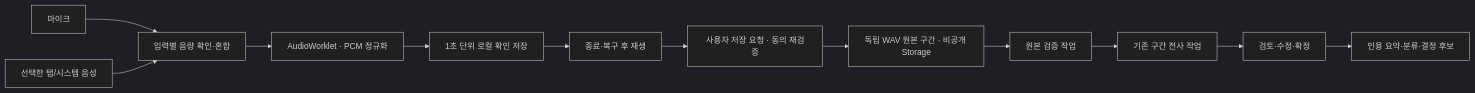
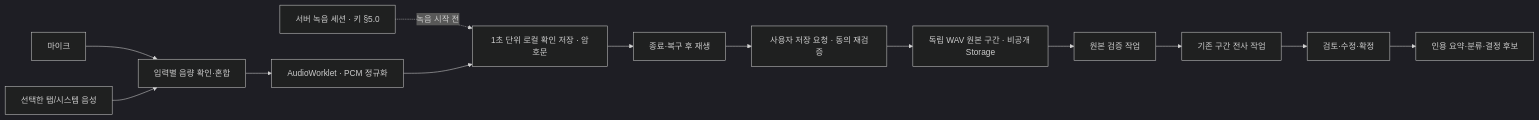
The diagram in docs/planning/웹회의_녹음_설계.md (jooho1003/sasu), drawn with Mermaid (dark theme) before and after one commit. The commit also changed other lines of this file and 14 other files, not shown here.

````diff
--- a/docs/planning/웹회의_녹음_설계.md
+++ b/docs/planning/웹회의_녹음_설계.md
@@ -93,14 +93,15 @@
 ```mermaid
 flowchart LR
   M[마이크] --> G[입력별 음량 확인·혼합]
   S[선택한 탭/시스템 음성] --> G
   G --> P[AudioWorklet · PCM 정규화]
-  P --> L[1초 단위 로컬 확인 저장]
+  K[서버 녹음 세션 · 키 §5.0] -.->|녹음 시작 전| L
+  P --> L[1초 단위 로컬 확인 저장 · 암호문]
   L --> R[종료·복구 후 재생]
   R --> A[사용자 저장 요청 · 동의 재검증]
   A --> U[독립 WAV 원본 구간 · 비공개 Storage]
   U --> V[원본 검증 작업]
   V --> T[기존 구간 전사 작업]
   T --> E[검토·수정·확정]
   E --> C[인용 요약·분류·결정 후보]
 ```
````
